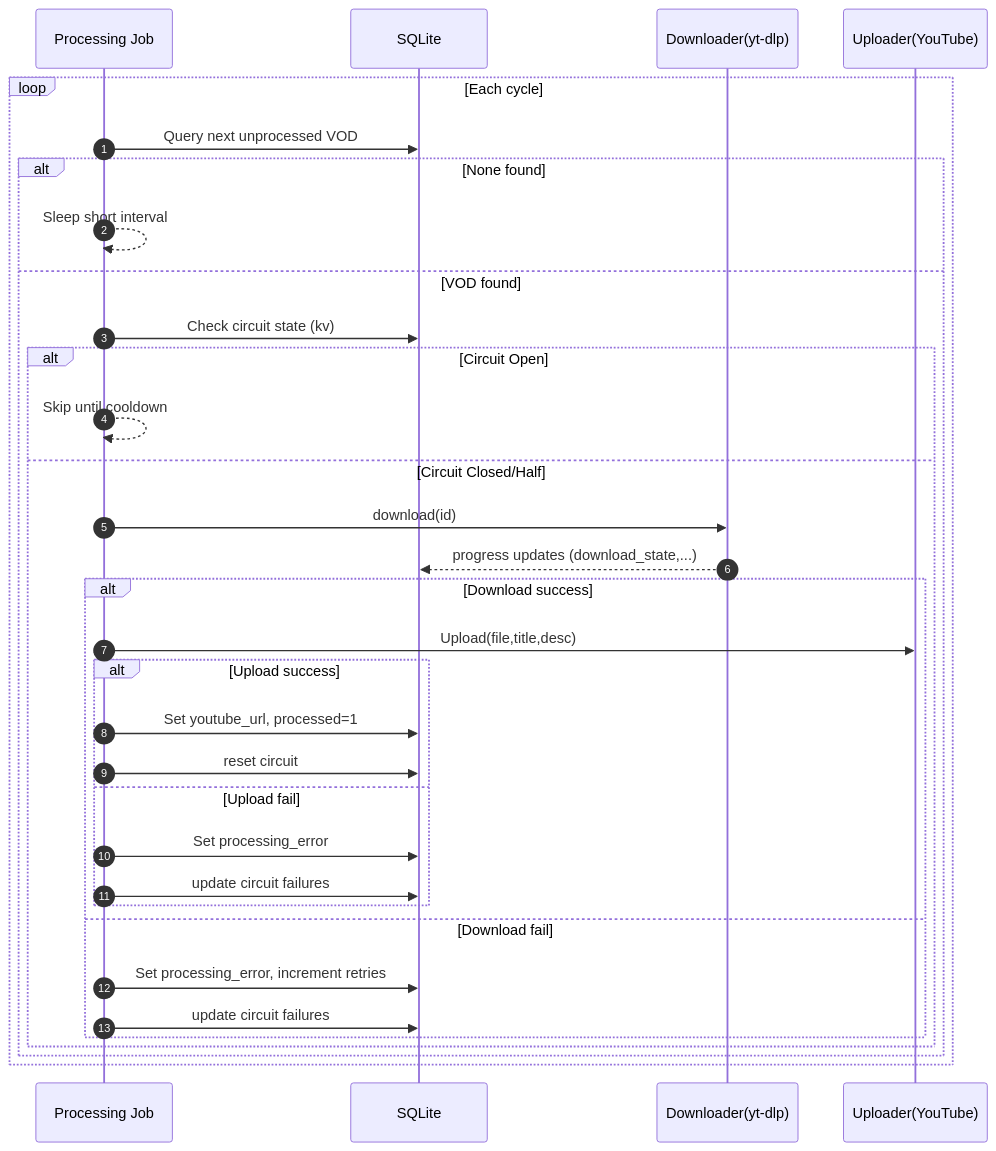
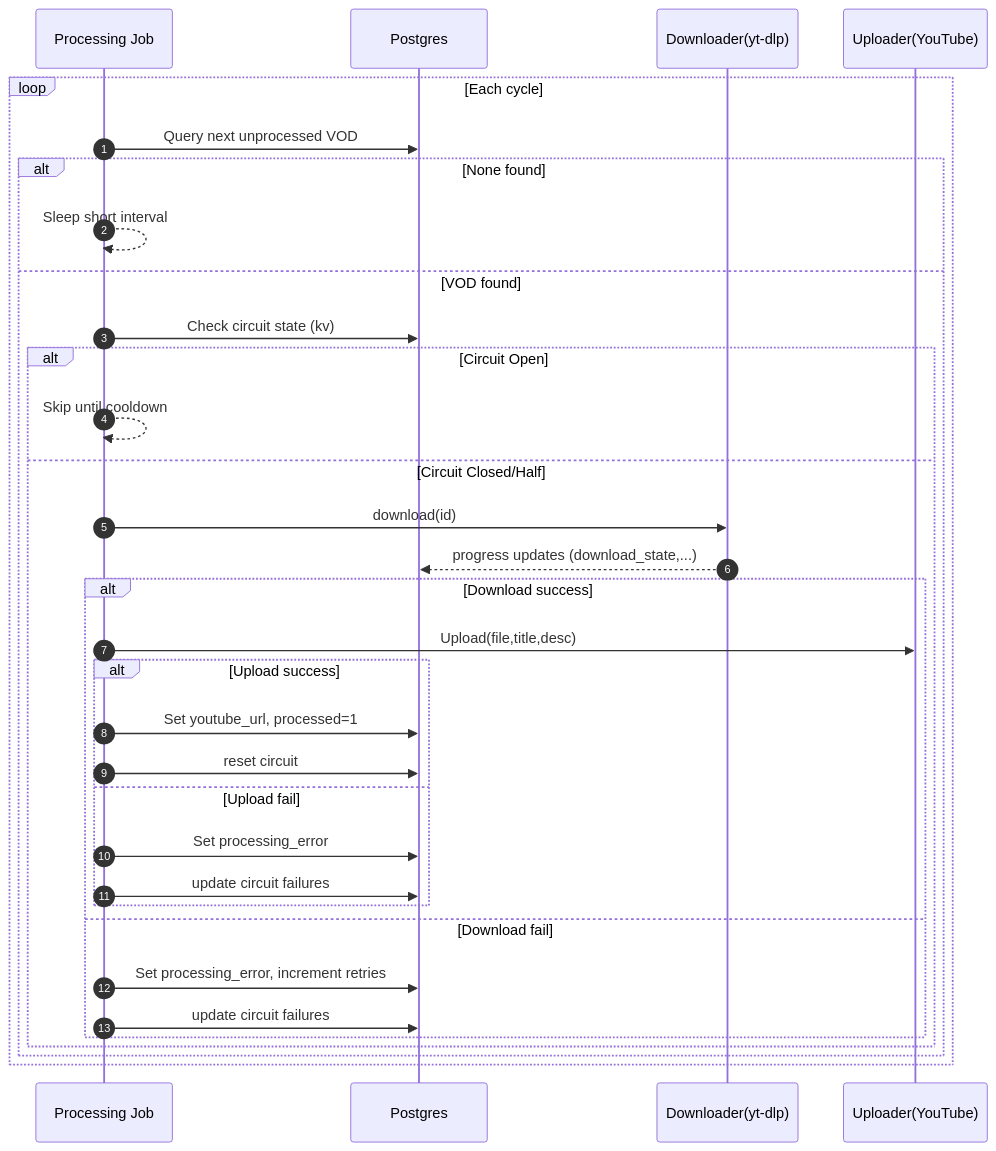
Before and after one commit to subculture-collective/vod-tender: the second of 4 diagrams in docs/ARCHITECTURE.md, drawn with Mermaid. The commit also changed other lines of this file and 12 other files, not shown here.

````diff
--- a/docs/ARCHITECTURE.md
+++ b/docs/ARCHITECTURE.md
@@ -217,35 +217,35 @@
 ```mermaid
 sequenceDiagram
    autonumber
    participant Job as Processing Job
-   participant DB as SQLite
+   participant DB as Postgres
    participant DL as Downloader(yt-dlp)
    participant UP as Uploader(YouTube)
    loop Each cycle
       Job->>DB: Query next unprocessed VOD
       alt None found
          Job-->>Job: Sleep short interval
       else VOD found
          Job->>DB: Check circuit state (kv)
          alt Circuit Open
             Job-->>Job: Skip until cooldown
          else Circuit Closed/Half
             Job->>DL: download(id)
             DL-->>DB: progress updates (download_state,...)
             alt Download success
                Job->>UP: Upload(file,title,desc)
                alt Upload success
                   Job->>DB: Set youtube_url, processed=1
                   Job->>DB: reset circuit
                else Upload fail
                   Job->>DB: Set processing_error
                   Job->>DB: update circuit failures
                end
             else Download fail
                Job->>DB: Set processing_error, increment retries
                Job->>DB: update circuit failures
             end
          end
       end
    end
 ```
````
